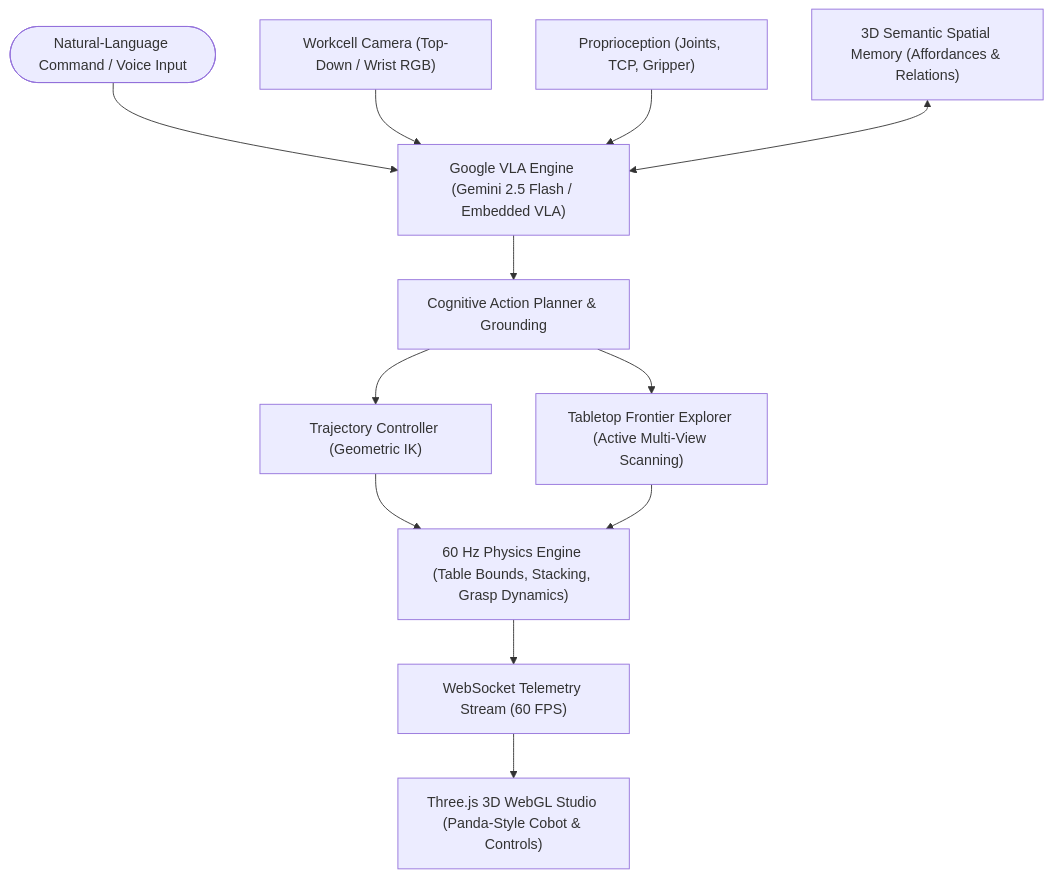
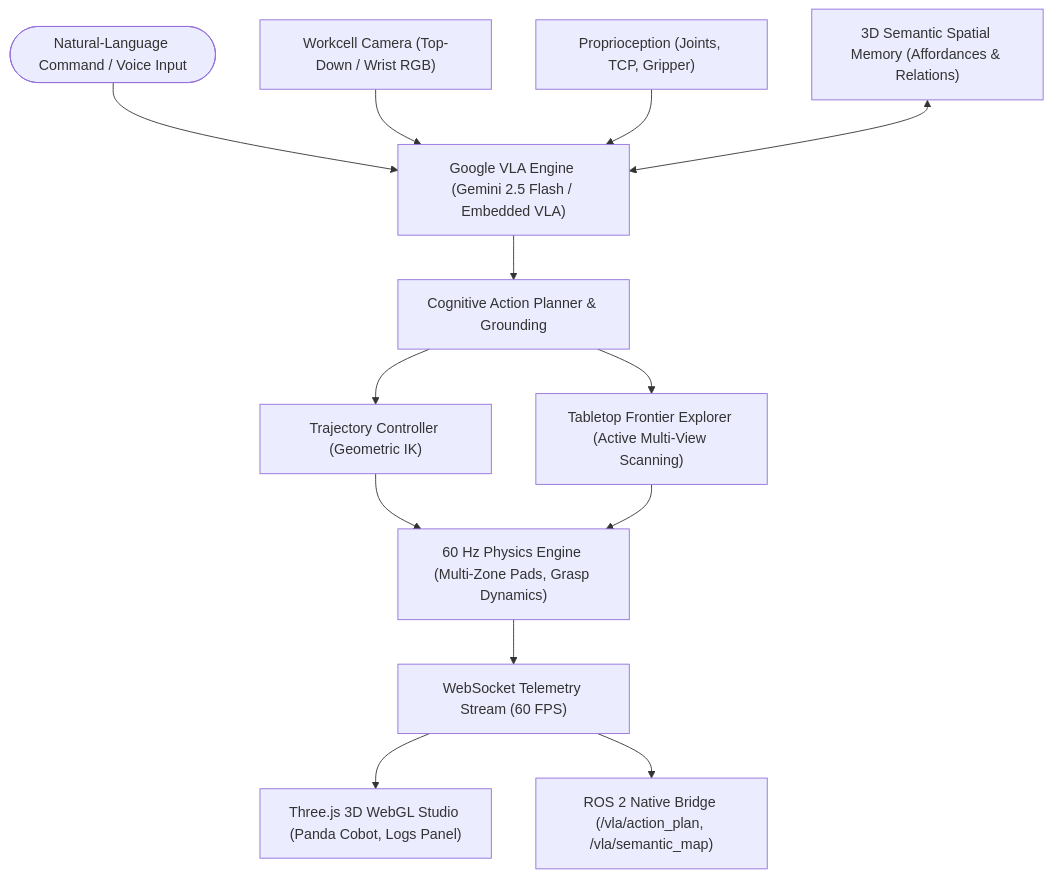
The diagram in README.md (incheif/Aero), drawn with Mermaid before and after one commit. The commit also changed other lines of this file and 8 other files, not shown here.

Commit message:
docs(readme): add dynamic showcase with WebP video demos, UI screenshots, and multi-tower architecture

````diff
--- a/README.md
+++ b/README.md
@@ -18,17 +55,18 @@
 ```mermaid
 graph TD
     User(["Natural-Language Command / Voice Input"]) --> Brain["Google VLA Engine (Gemini 2.5 Flash / Embedded VLA)"]
     Camera["Workcell Camera (Top-Down / Wrist RGB)"] --> Brain
     State["Proprioception (Joints, TCP, Gripper)"] --> Brain
     Semantic["3D Semantic Spatial Memory (Affordances & Relations)"] <--> Brain
 
     Brain --> Decomposer["Cognitive Action Planner & Grounding"]
-    Decomposer --> MotionCtrl["Trajectory Controller (Geometric IK)"]
+    Decomposer --> TrajectoryCtrl["Trajectory Controller (Geometric IK)"]
     Decomposer --> Explorer["Tabletop Frontier Explorer (Active Multi-View Scanning)"]
 
-    MotionCtrl --> Sim["60 Hz Physics Engine (Table Bounds, Stacking, Grasp Dynamics)"]
+    TrajectoryCtrl --> Sim["60 Hz Physics Engine (Multi-Zone Pads, Grasp Dynamics)"]
     Explorer --> Sim
 
-    Sim --> Snapshots["WebSocket Telemetry Stream (60 FPS)"]
-    Snapshots --> ThreeJS["Three.js 3D WebGL Studio (Panda-Style Cobot & Controls)"]
+    Sim --> Telemetry["WebSocket Telemetry Stream (60 FPS)"]
+    Telemetry --> ThreeJS["Three.js 3D WebGL Studio (Panda Cobot, Logs Panel)"]
+    Telemetry --> ROS2["ROS 2 Native Bridge (/vla/action_plan, /vla/semantic_map)"]
 ```
````
